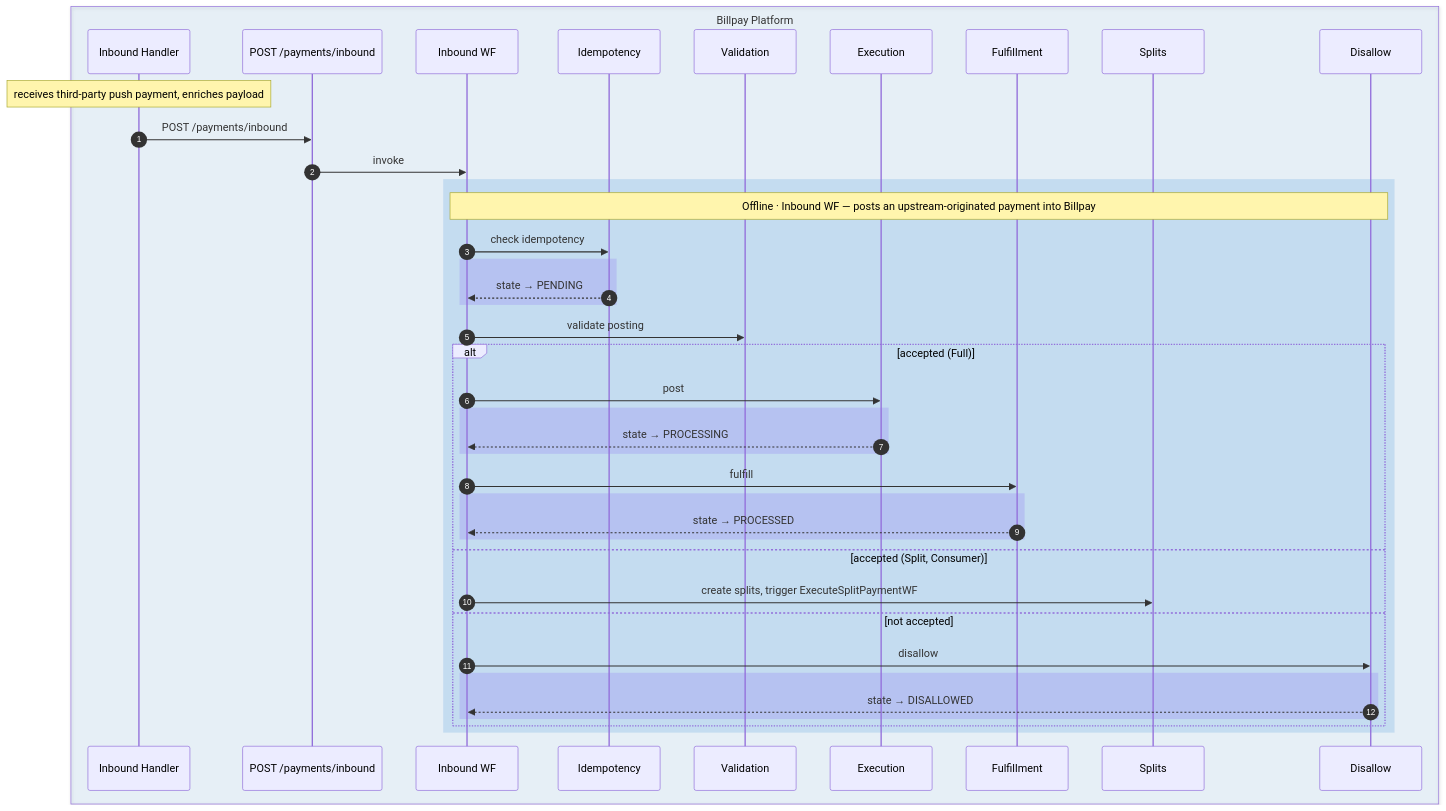
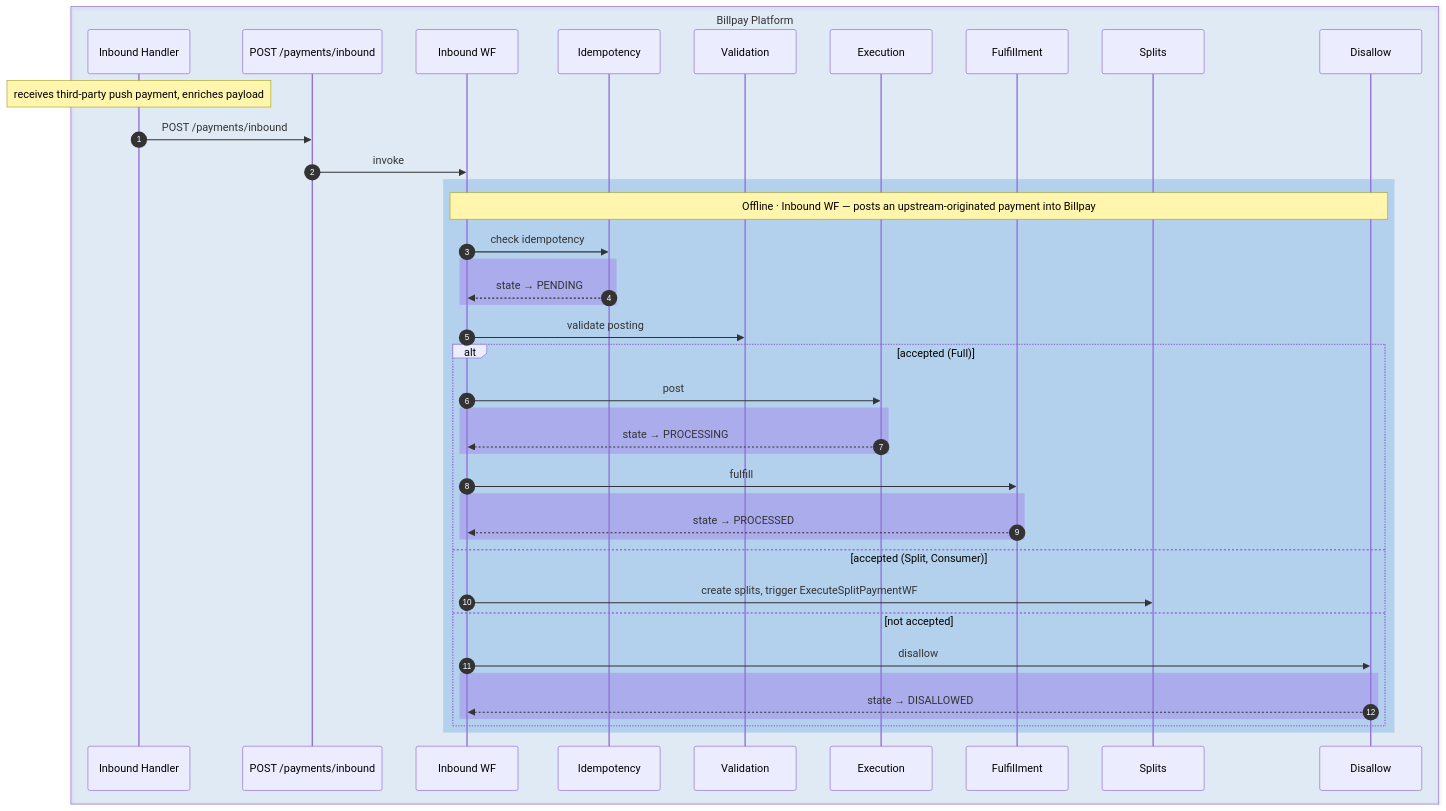
Before and after one commit to arunav-bhattacharya/billpay-book: the ninth of 12 diagrams in website/docs/design/diagrams/sequence-diagram.md, drawn with Mermaid. The commit also changed other lines of this file and 4 other files, not shown here.

First line of the commit message:
Polish: system-map depth ramp + brighter sequence-diagram palette

````diff
--- a/website/docs/design/diagrams/sequence-diagram.md
+++ b/website/docs/design/diagrams/sequence-diagram.md
@@ -608,46 +608,46 @@
 ```mermaid
 sequenceDiagram
   autonumber
 
-  box rgba(0,111,207,0.08) Billpay Platform
+  box rgba(1,111,208,0.1) Billpay Platform
     participant UPH as Inbound Handler
     participant API as POST /payments/inbound
     participant IB as Inbound WF
     participant IDEMP as Idempotency
     participant PVP as Validation
     participant PPS as Execution
     participant PFL as Fulfillment
     participant PSC as Splits
     participant PRJ as Disallow
   end
 
   Note over UPH: receives third-party push payment, enriches payload
   UPH->>API: POST /payments/inbound
   API->>IB: invoke
 
-  rect rgba(0,111,207,0.15)
+  rect rgba(1,111,208,0.2)
     Note over IB,PRJ: Offline · Inbound WF — posts an upstream-originated payment into Billpay
     IB->>IDEMP: check idempotency
-    rect rgba(124,92,246,0.2)
+    rect rgba(150,75,232,0.28)
       IDEMP-->>IB: state → PENDING
     end
     IB->>PVP: validate posting
     alt accepted (Full)
       IB->>PPS: post
-      rect rgba(124,92,246,0.2)
+      rect rgba(150,75,232,0.28)
         PPS-->>IB: state → PROCESSING
       end
       IB->>PFL: fulfill
-      rect rgba(124,92,246,0.2)
+      rect rgba(150,75,232,0.28)
         PFL-->>IB: state → PROCESSED
       end
     else accepted (Split, Consumer)
       IB->>PSC: create splits, trigger ExecuteSplitPaymentWF
     else not accepted
       IB->>PRJ: disallow
-      rect rgba(124,92,246,0.2)
+      rect rgba(150,75,232,0.28)
         PRJ-->>IB: state → DISALLOWED
       end
     end
   end
 ```
````
